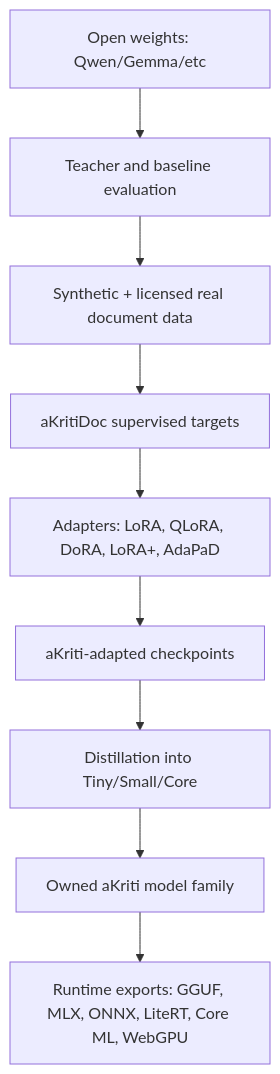
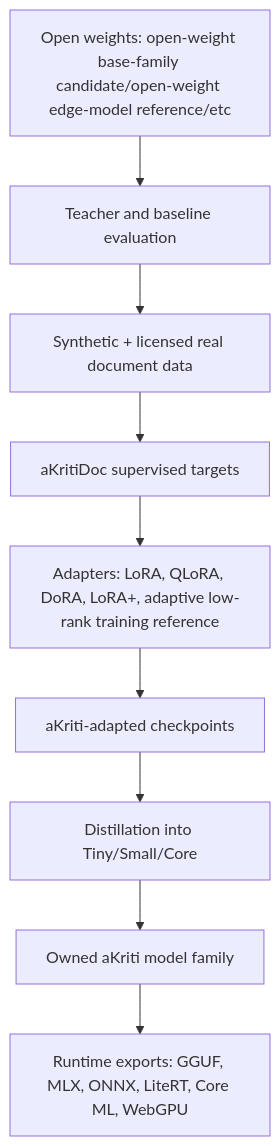
The second of 2 diagrams in docs/akriti-master-architecture.md (varshneydevansh/aKriti), drawn with Mermaid before and after one commit. The commit also changed other lines of this file and 45 other files, not shown here.

````diff
--- a/docs/akriti-master-architecture.md
+++ b/docs/akriti-master-architecture.md
@@ -236,11 +236,11 @@
 ```mermaid
 flowchart TD
-    A["Open weights: Qwen/Gemma/etc"] --> B["Teacher and baseline evaluation"]
+    A["Open weights: open-weight base-family candidate/open-weight edge-model reference/etc"] --> B["Teacher and baseline evaluation"]
     B --> C["Synthetic + licensed real document data"]
     C --> D["aKritiDoc supervised targets"]
-    D --> E["Adapters: LoRA, QLoRA, DoRA, LoRA+, AdaPaD"]
+    D --> E["Adapters: LoRA, QLoRA, DoRA, LoRA+, adaptive low-rank training reference"]
     E --> F["aKriti-adapted checkpoints"]
     F --> G["Distillation into Tiny/Small/Core"]
     G --> H["Owned aKriti model family"]
     H --> I["Runtime exports: GGUF, MLX, ONNX, LiteRT, Core ML, WebGPU"]
 ```
````
